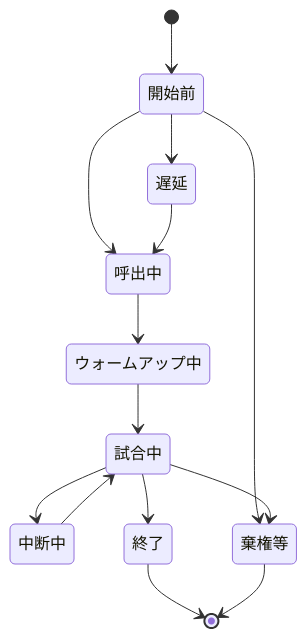
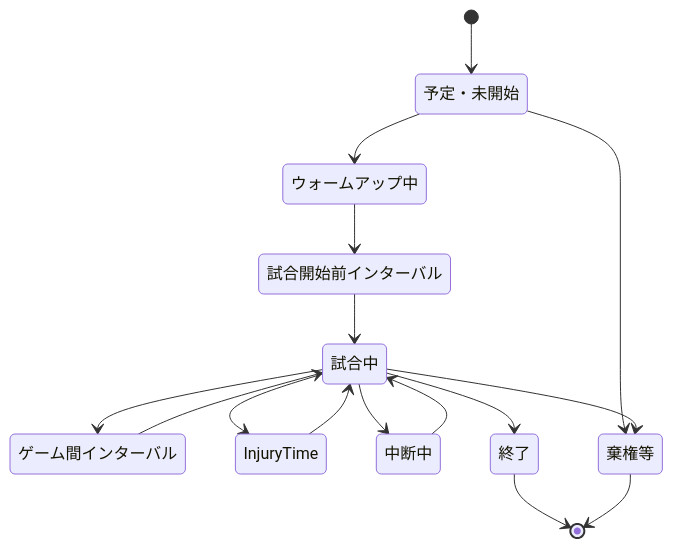
The seventh of 11 diagrams in docs/03_service-domain-plan.md (Miraisosha/S-NICK-Platform), drawn with Mermaid before and after one commit. The commit also changed other lines of this file and 33 other files, not shown here.

````diff
--- a/docs/03_service-domain-plan.md
+++ b/docs/03_service-domain-plan.md
@@ -468,16 +585,18 @@
 ```mermaid
 stateDiagram-v2
-    [*] --> 開始前
-    開始前 --> 呼出中
-    呼出中 --> ウォームアップ中
-    ウォームアップ中 --> 試合中
+    [*] --> 予定・未開始
+    予定・未開始 --> ウォームアップ中
+    ウォームアップ中 --> 試合開始前インターバル
+    試合開始前インターバル --> 試合中
+    試合中 --> ゲーム間インターバル
+    ゲーム間インターバル --> 試合中
+    試合中 --> InjuryTime
+    InjuryTime --> 試合中
     試合中 --> 中断中
     中断中 --> 試合中
     試合中 --> 終了
-    開始前 --> 遅延
-    遅延 --> 呼出中
-    開始前 --> 棄権等
+    予定・未開始 --> 棄権等
     試合中 --> 棄権等
     終了 --> [*]
     棄権等 --> [*]
 ```
````
